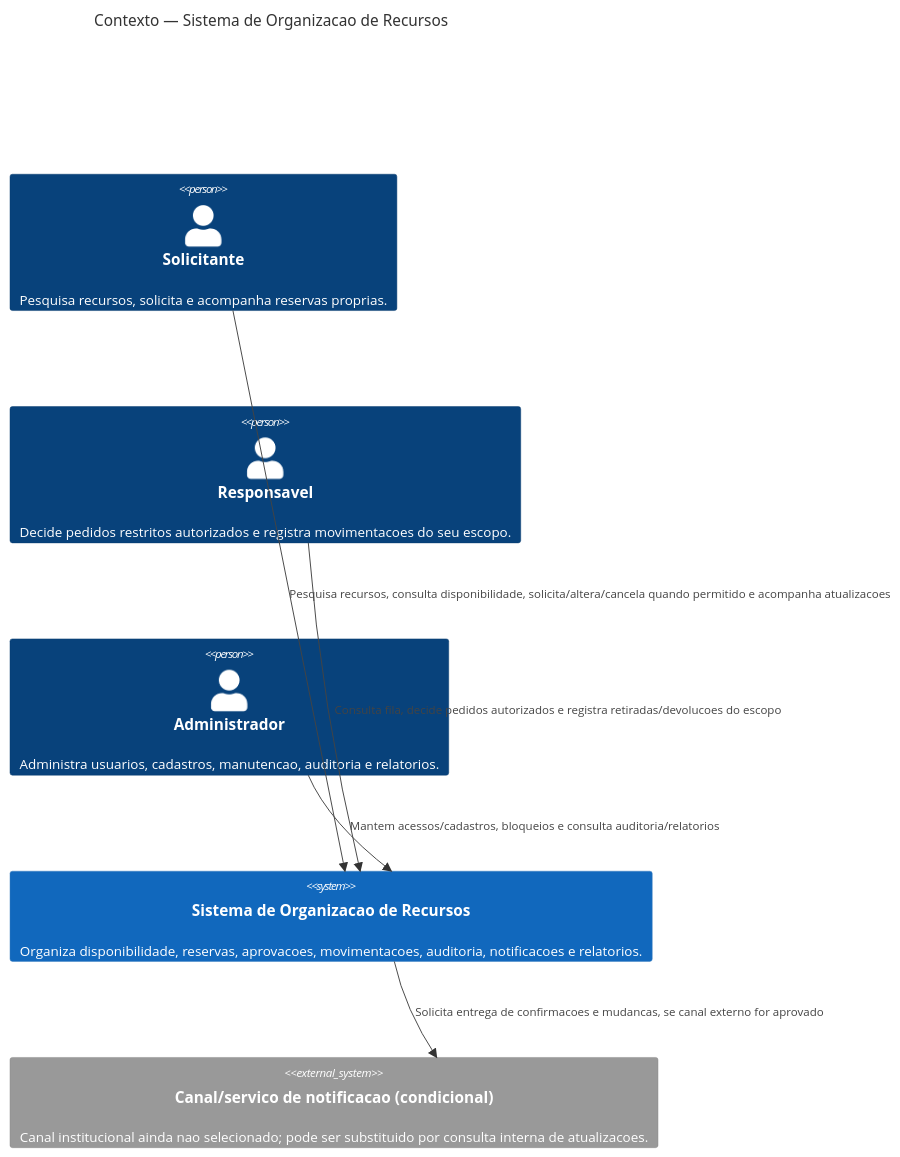
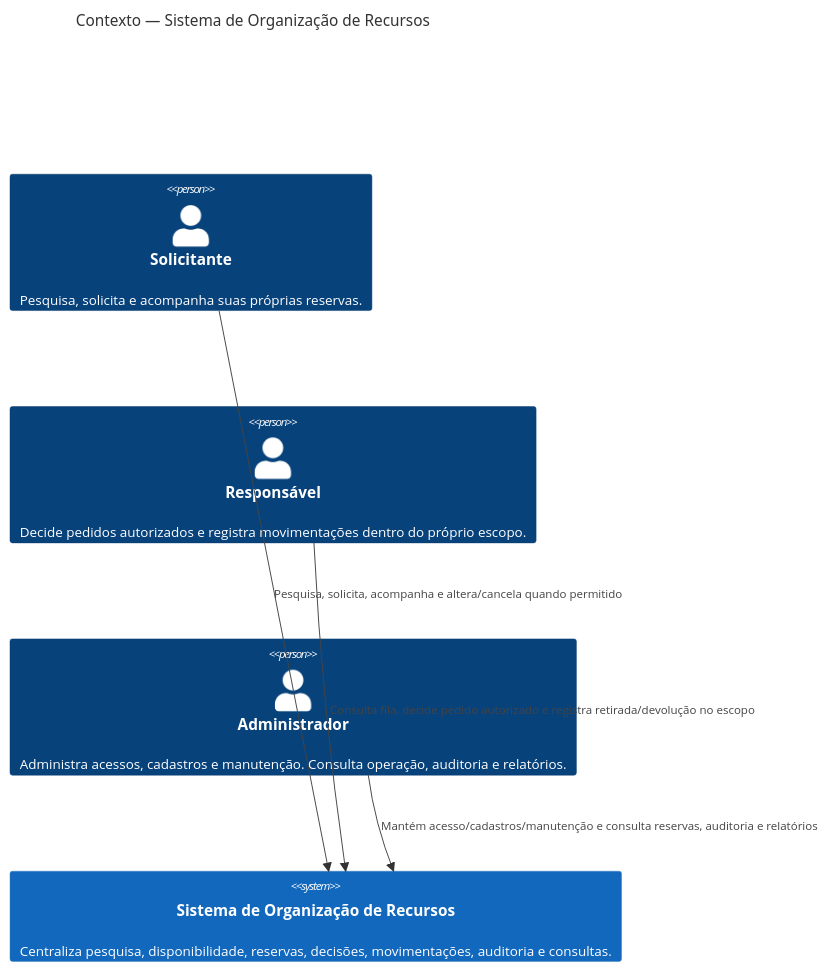
One commit to joaopaulofserafim/projeto_final_QAS changed the diagram in PRD/arquitetura/c4/NIVEL_1_CONTEXTO.md. Above: the diagram before and after it, drawn with Mermaid. The commit also changed other lines of this file and 26 other files, not shown here.

````diff
--- a/PRD/arquitetura/c4/NIVEL_1_CONTEXTO.md
+++ b/PRD/arquitetura/c4/NIVEL_1_CONTEXTO.md
@@ -7,15 +7,14 @@
 ```mermaid
 C4Context
-    title Contexto — Sistema de Organizacao de Recursos
+    title Contexto — Sistema de Organização de Recursos
 
-    Person(solicitante, "Solicitante", "Pesquisa recursos, solicita e acompanha reservas proprias.")
-    Person(responsavel, "Responsavel", "Decide pedidos restritos autorizados e registra movimentacoes do seu escopo.")
-    Person(admin, "Administrador", "Administra usuarios, cadastros, manutencao, auditoria e relatorios.")
-    System(sistema, "Sistema de Organizacao de Recursos", "Organiza disponibilidade, reservas, aprovacoes, movimentacoes, auditoria, notificacoes e relatorios.")
-    System_Ext(notificacao, "Canal/servico de notificacao (condicional)", "Canal institucional ainda nao selecionado; pode ser substituido por consulta interna de atualizacoes.")
+    Person(solicitante, "Solicitante", "Pesquisa, solicita e acompanha suas próprias reservas.")
+    Person(responsavel, "Responsável", "Decide pedidos autorizados e registra movimentações dentro do próprio escopo.")
+    Person(admin, "Administrador", "Administra acessos, cadastros e manutenção. Consulta operação, auditoria e relatórios.")
 
-    Rel(solicitante, sistema, "Pesquisa recursos, consulta disponibilidade, solicita/altera/cancela quando permitido e acompanha atualizacoes")
-    Rel(responsavel, sistema, "Consulta fila, decide pedidos autorizados e registra retiradas/devolucoes do escopo")
-    Rel(admin, sistema, "Mantem acessos/cadastros, bloqueios e consulta auditoria/relatorios")
-    Rel(sistema, notificacao, "Solicita entrega de confirmacoes e mudancas, se canal externo for aprovado")
+    System(sistema, "Sistema de Organização de Recursos", "Centraliza pesquisa, disponibilidade, reservas, decisões, movimentações, auditoria e consultas.")
+
+    Rel(solicitante, sistema, "Pesquisa, solicita, acompanha e altera/cancela quando permitido")
+    Rel(responsavel, sistema, "Consulta fila, decide pedido autorizado e registra retirada/devolução no escopo")
+    Rel(admin, sistema, "Mantém acesso/cadastros/manutenção e consulta reservas, auditoria e relatórios")
 ```
````
